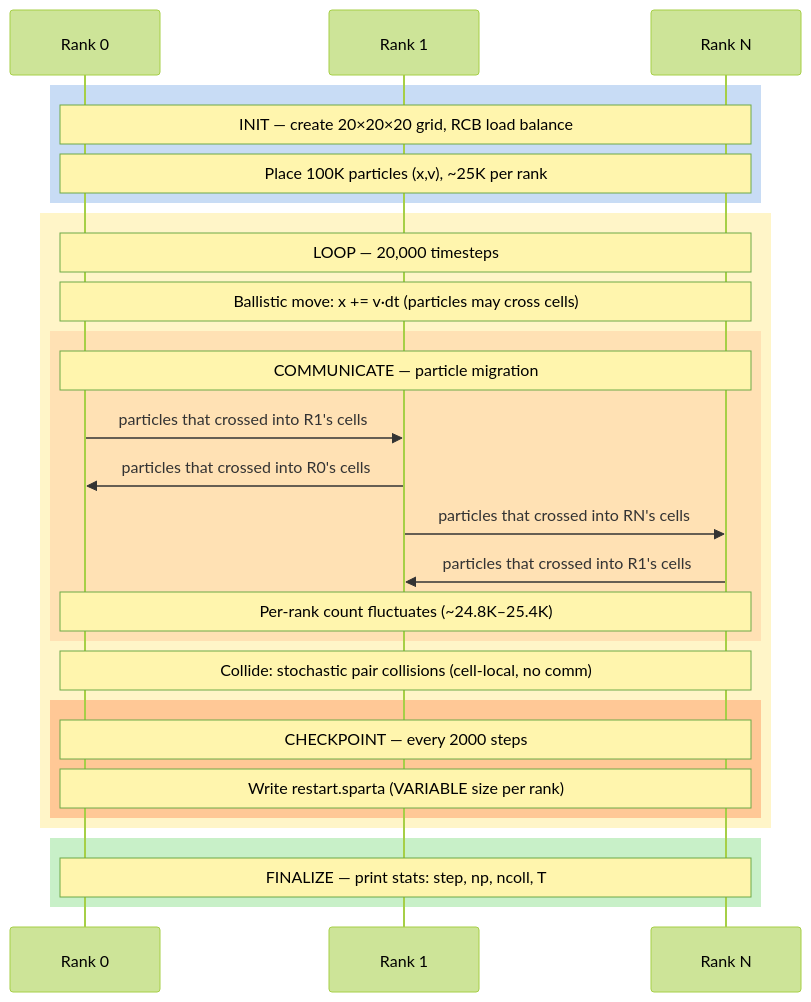
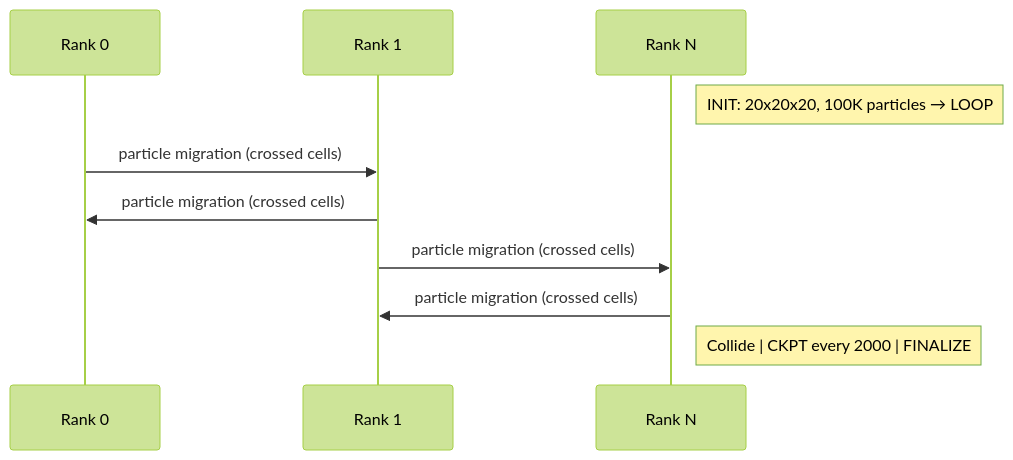
One commit to ngduchai/guard-agent changed the third of 3 diagrams in tests/apps/docs/SPARTA/README.md. Above: the diagram before and after it, drawn with Mermaid (forest theme). The commit also changed other lines of this file and 43 other files, not shown here.

````diff
--- a/tests/apps/docs/SPARTA/README.md
+++ b/tests/apps/docs/SPARTA/README.md
@@ -106,36 +105,13 @@
 ```mermaid
 sequenceDiagram
     participant R0 as Rank 0
     participant R1 as Rank 1
     participant RN as Rank N
 
-    rect rgb(200, 220, 245)
-        Note over R0,RN: INIT — create 20×20×20 grid, RCB load balance
-        Note over R0,RN: Place 100K particles (x,v), ~25K per rank
-    end
-
-    rect rgb(255, 245, 200)
-        Note over R0,RN: LOOP — 20,000 timesteps
-        Note over R0,RN: Ballistic move: x += v·dt (particles may cross cells)
-
-        rect rgb(255, 225, 180)
-            Note over R0,RN: COMMUNICATE — particle migration
-            R0->>R1: particles that crossed into R1's cells
-            R1->>R0: particles that crossed into R0's cells
-            R1->>RN: particles that crossed into RN's cells
-            RN->>R1: particles that crossed into R1's cells
-            Note over R0,RN: Per-rank count fluctuates (~24.8K–25.4K)
-        end
-
-        Note over R0,RN: Collide: stochastic pair collisions (cell-local, no comm)
-
-        rect rgb(255, 200, 150)
-            Note over R0,RN: CHECKPOINT — every 2000 steps
-            Note over R0,RN: Write restart.sparta (VARIABLE size per rank)
-        end
-    end
-
-    rect rgb(200, 240, 200)
-        Note over R0,RN: FINALIZE — print stats: step, np, ncoll, T
-    end
+    Note right of RN: INIT: 20x20x20, 100K particles → LOOP
+    R0->>R1: particle migration (crossed cells)
+    R1->>R0: particle migration (crossed cells)
+    R1->>RN: particle migration (crossed cells)
+    RN->>R1: particle migration (crossed cells)
+    Note right of RN: Collide | CKPT every 2000 | FINALIZE
 ```
````
